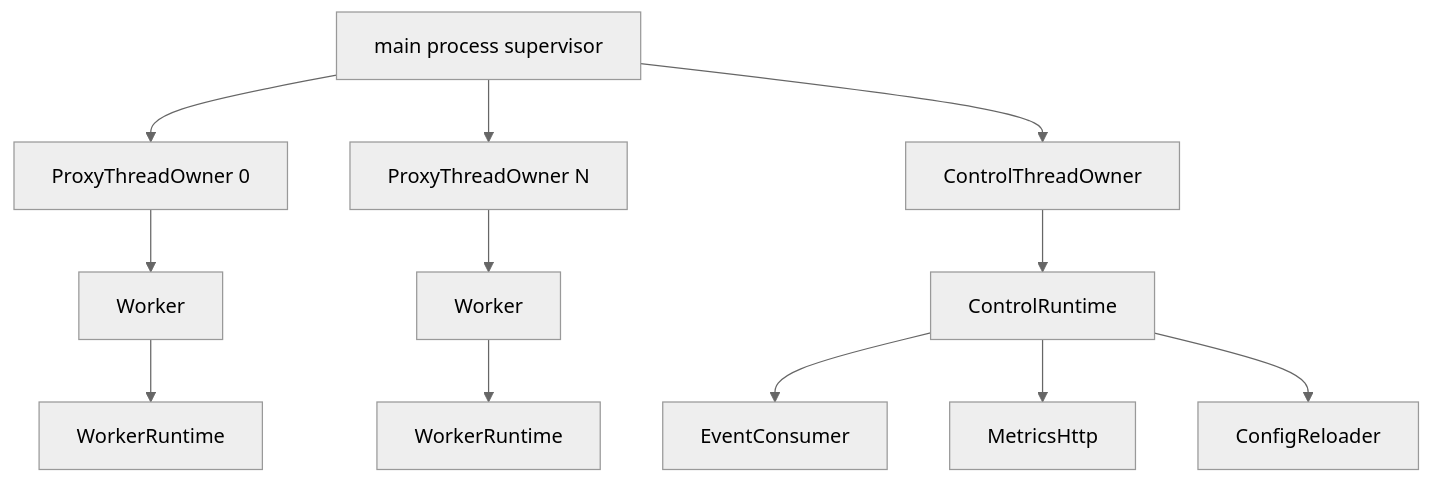
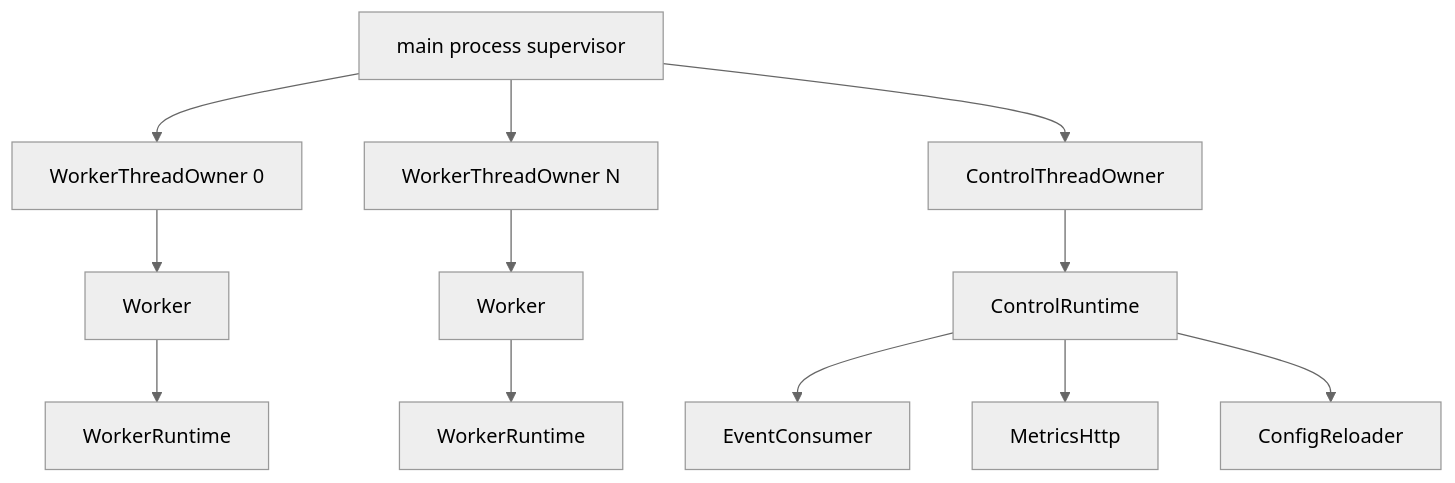
Before and after one commit to raydatray/rusty-mcrouter: the second of 3 diagrams in docs/architecture/README.md, drawn with Mermaid (neutral theme). The commit also changed other lines of this file and 12 other files, not shown here.

````diff
--- a/docs/architecture/README.md
+++ b/docs/architecture/README.md
@@ -102,15 +102,15 @@
 ```mermaid
 flowchart TB
     M[main process supervisor]
-    M --> PT0[ProxyThreadOwner 0]
-    M --> PTN[ProxyThreadOwner N]
+    M --> PT0[WorkerThreadOwner 0]
+    M --> PTN[WorkerThreadOwner N]
     M --> CT[ControlThreadOwner]
     PT0 --> PW0[Worker]
     PTN --> PWN[Worker]
     PW0 --> PR0[WorkerRuntime]
     PWN --> PRN[WorkerRuntime]
     CT --> CR[ControlRuntime]
     CR --> EC[EventConsumer]
     CR --> MH[MetricsHttp]
     CR --> RL[ConfigReloader]
 ```
````
